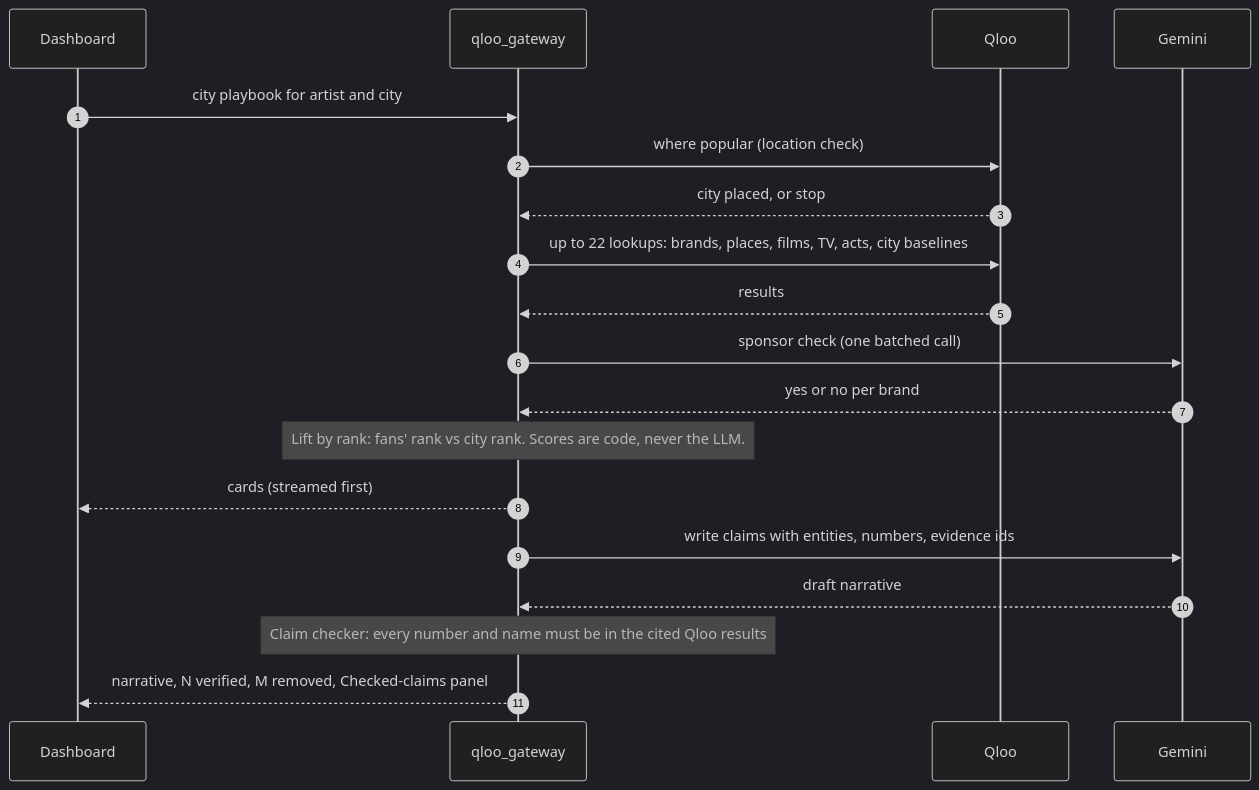
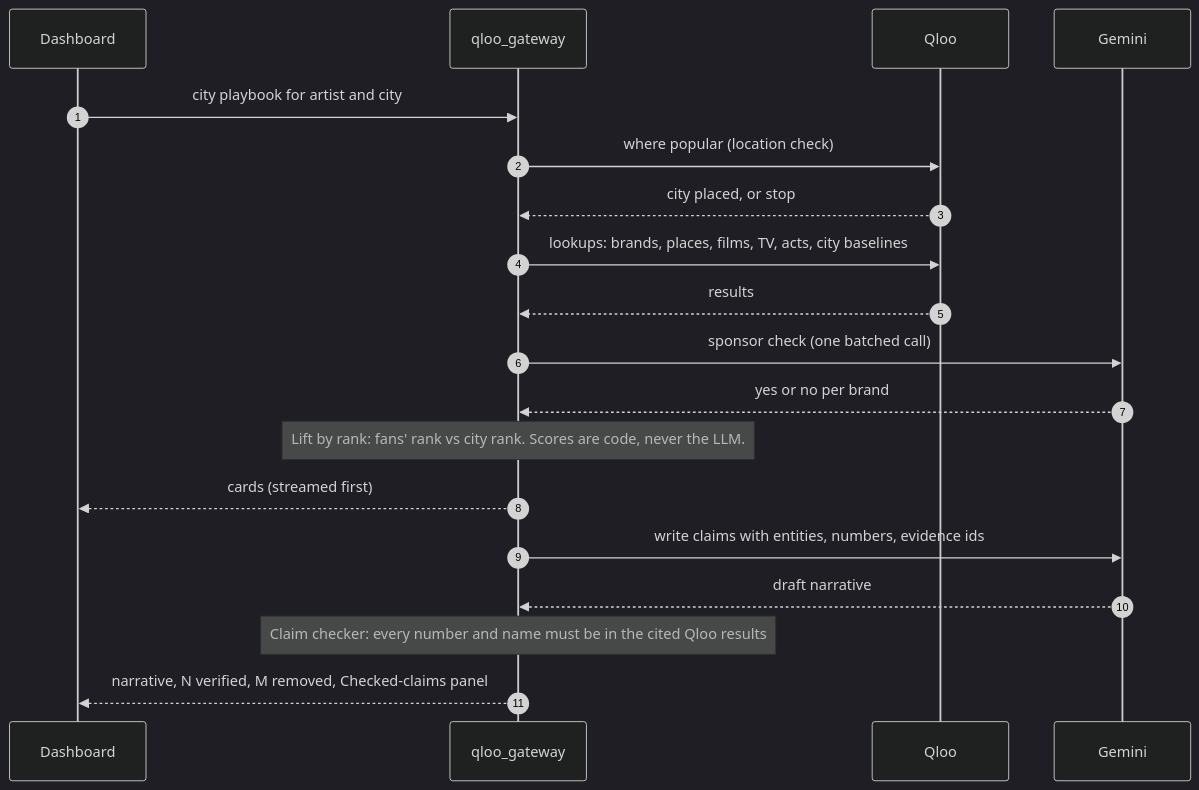
Before and after one commit to prats-2311/tour-intelligence-qloo: the second of 2 diagrams in README.md, drawn with Mermaid (dark theme). The commit also changed other lines of this file, not shown here.

````diff
--- a/README.md
+++ b/README.md
@@ -149,21 +194,21 @@
 ```mermaid
 sequenceDiagram
   autonumber
   participant UI as Dashboard
   participant GW as qloo_gateway
   participant Q as Qloo
   participant GM as Gemini
   UI->>GW: city playbook for artist and city
   GW->>Q: where popular (location check)
   Q-->>GW: city placed, or stop
-  GW->>Q: up to 22 lookups: brands, places, films, TV, acts, city baselines
+  GW->>Q: lookups: brands, places, films, TV, acts, city baselines
   Q-->>GW: results
   GW->>GM: sponsor check (one batched call)
   GM-->>GW: yes or no per brand
   Note over GW: Lift by rank: fans' rank vs city rank. Scores are code, never the LLM.
   GW-->>UI: cards (streamed first)
   GW->>GM: write claims with entities, numbers, evidence ids
   GM-->>GW: draft narrative
   Note over GW: Claim checker: every number and name must be in the cited Qloo results
   GW-->>UI: narrative, N verified, M removed, Checked-claims panel
 ```
````
